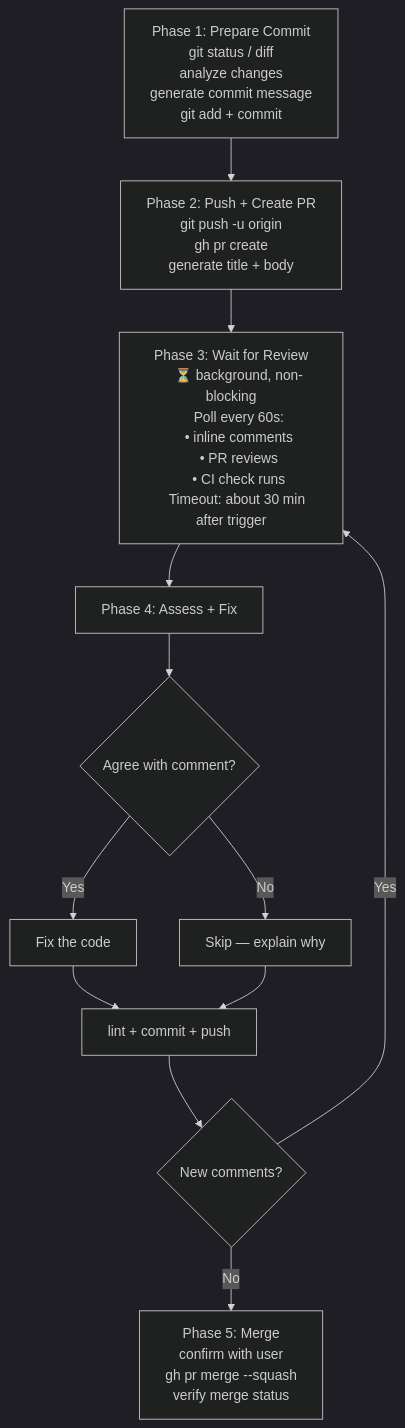
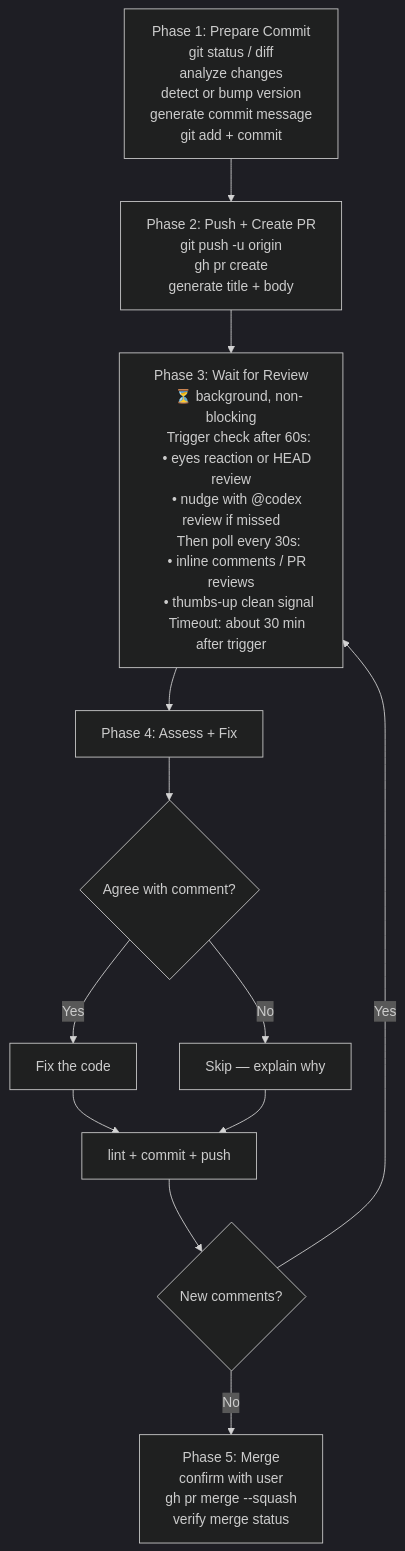
One commit to zytakeshi/create-pr-codex-review changed the second of 2 diagrams in README.md. Above: the diagram before and after it, drawn with Mermaid (dark theme). The commit also changed other lines of this file and 2 other files, not shown here.

Commit message:
docs: refresh current project documentation

````diff
--- a/README.md
+++ b/README.md
@@ -78,34 +81,37 @@
 ```mermaid
 flowchart TD
     A["Phase 1: Prepare Commit
     git status / diff
     analyze changes
+    detect or bump version
     generate commit message
     git add + commit"] --> B
 
     B["Phase 2: Push + Create PR
     git push -u origin
     gh pr create
     generate title + body"] --> C
 
     C["Phase 3: Wait for Review
     ⏳ background, non-blocking
-    Poll every 60s:
-    • inline comments
-    • PR reviews
-    • CI check runs
+    Trigger check after 60s:
+    • eyes reaction or HEAD review
+    • nudge with @codex review if missed
+    Then poll every 30s:
+    • inline comments / PR reviews
+    • thumbs-up clean signal
     Timeout: about 30 min after trigger"] --> D
 
     D["Phase 4: Assess + Fix"] --> E{Agree with comment?}
     E -->|Yes| F[Fix the code]
     E -->|No| G[Skip — explain why]
     F --> H[lint + commit + push]
     G --> H
 
     H --> I{New comments?}
     I -->|Yes| C
     I -->|No| J["Phase 5: Merge
     confirm with user
     gh pr merge --squash
     verify merge status"]
 ```
````
